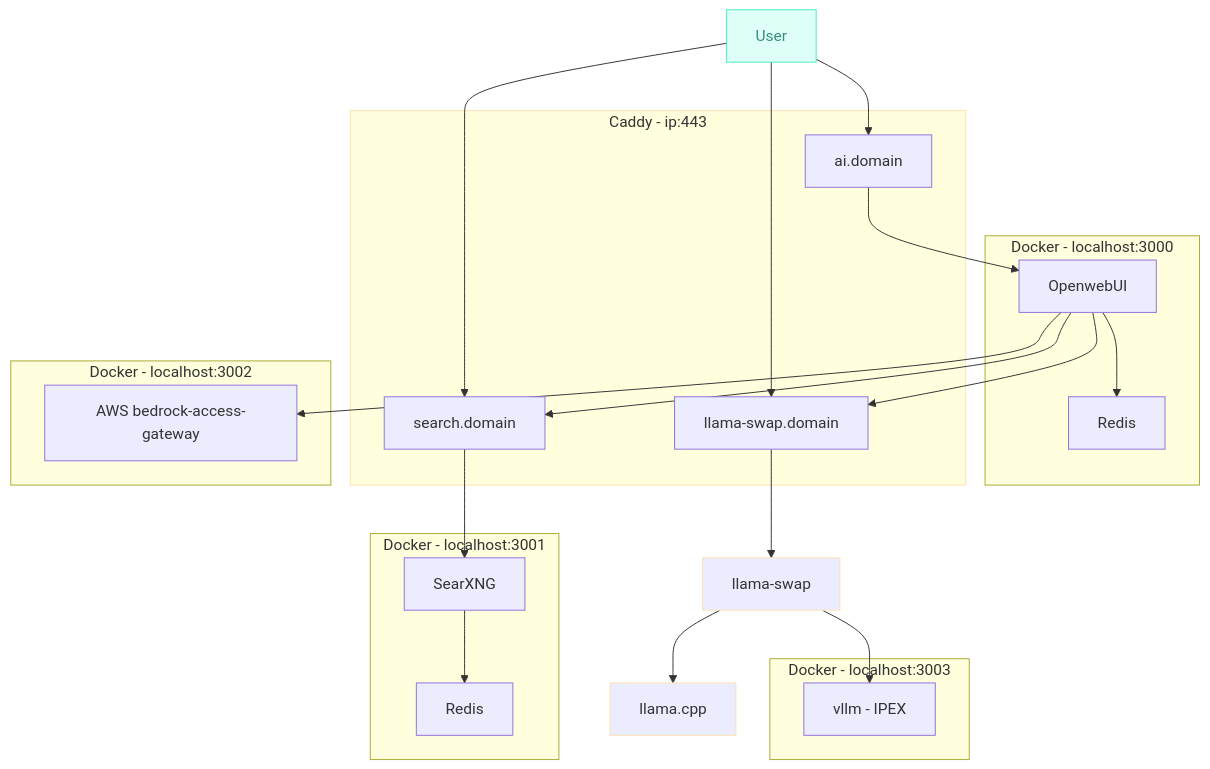
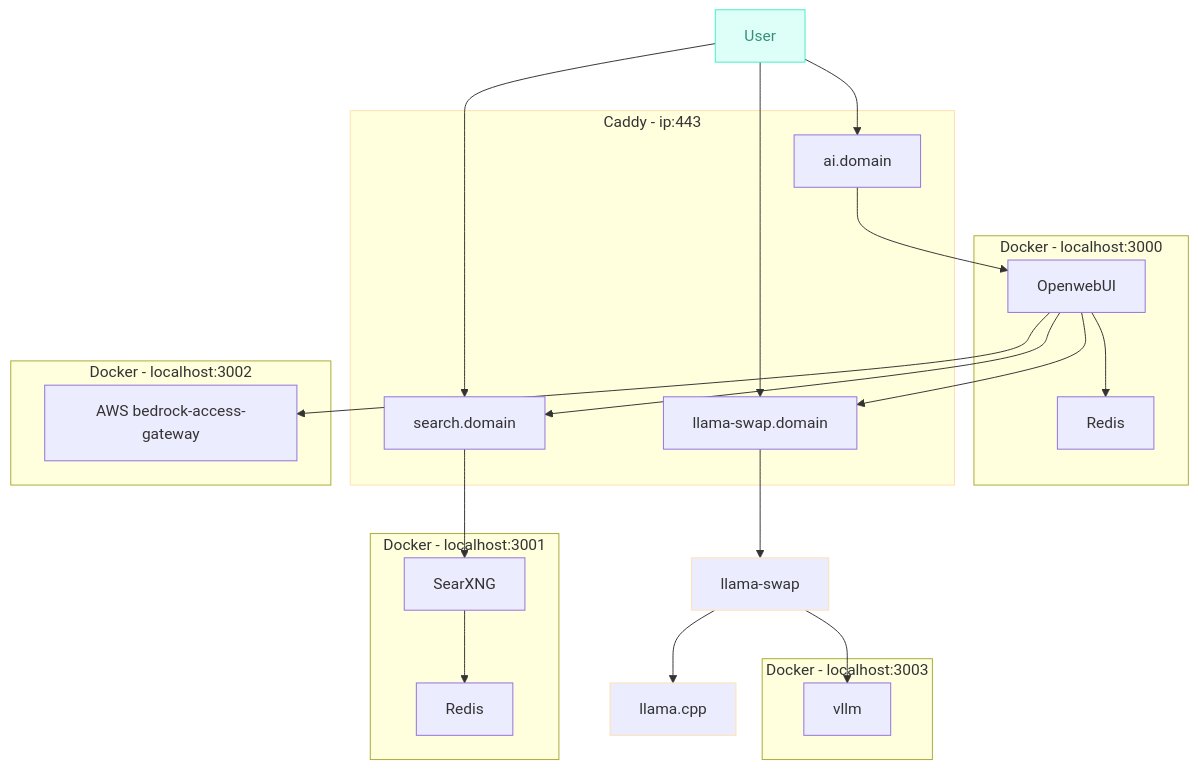
Before and after one commit to cycl00ps/ai-lab: the diagram in README.md, drawn with Mermaid.

````diff
--- a/README.md
+++ b/README.md
@@ -13,39 +13,39 @@
 ```mermaid
 flowchart TD
  subgraph subGraph0["Docker - localhost:3000"]
         B["Redis"]
         A["OpenwebUI"]
   end
  subgraph subGraph1["Docker - localhost:3001"]
         D["Redis"]
         C["SearXNG"]
   end
  subgraph subGraph2["Caddy - ip:443"]
         E["ai.domain"]
         H["search.domain"]
         J["llama-swap.domain"]
   end
  subgraph subGraph3["Docker - localhost:3003"]
-        K["vllm - IPEX"]
+        K["vllm"]
   end
  subgraph subGraph4["Docker - localhost:3002"]
         L["AWS bedrock-access-gateway"]
   end
 
     A --> B & H & J & L
     C --> D
     E --> A
     H --> C
     F["llama-swap"] --> G["llama.cpp"]
     F --> K
     I["User"] --> E
     I["User"] --> H
     I --> J
     J --> F
 
 I:::Aqua
     classDef Aqua stroke-width:1px, stroke-dasharray:none, stroke:#46EDC8, fill:#DEFFF8, color:#378E7A
     style F stroke:#FFE0B2
     style G stroke:#FFE0B2
     style subGraph2 stroke:#FFE0B2
 ```
````
